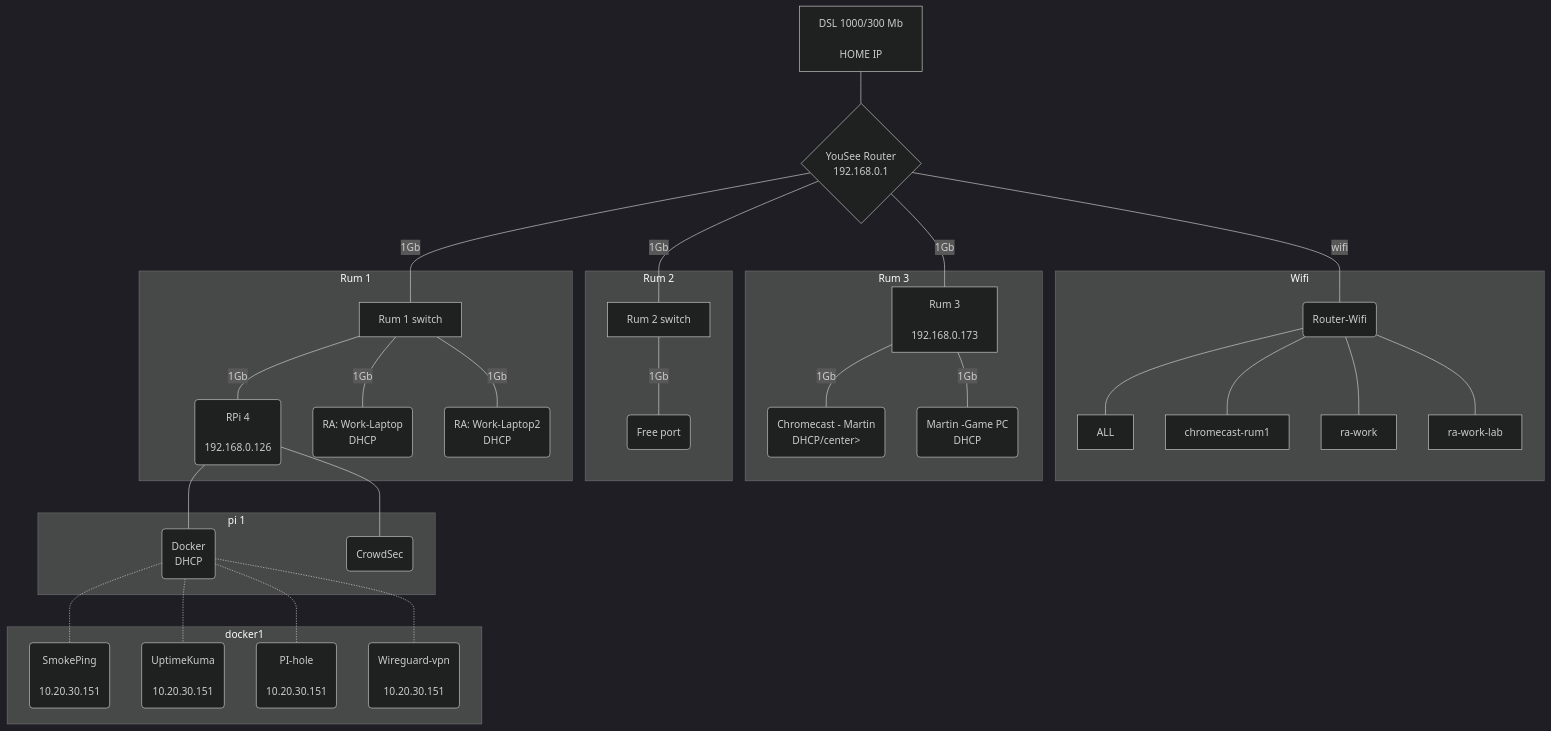
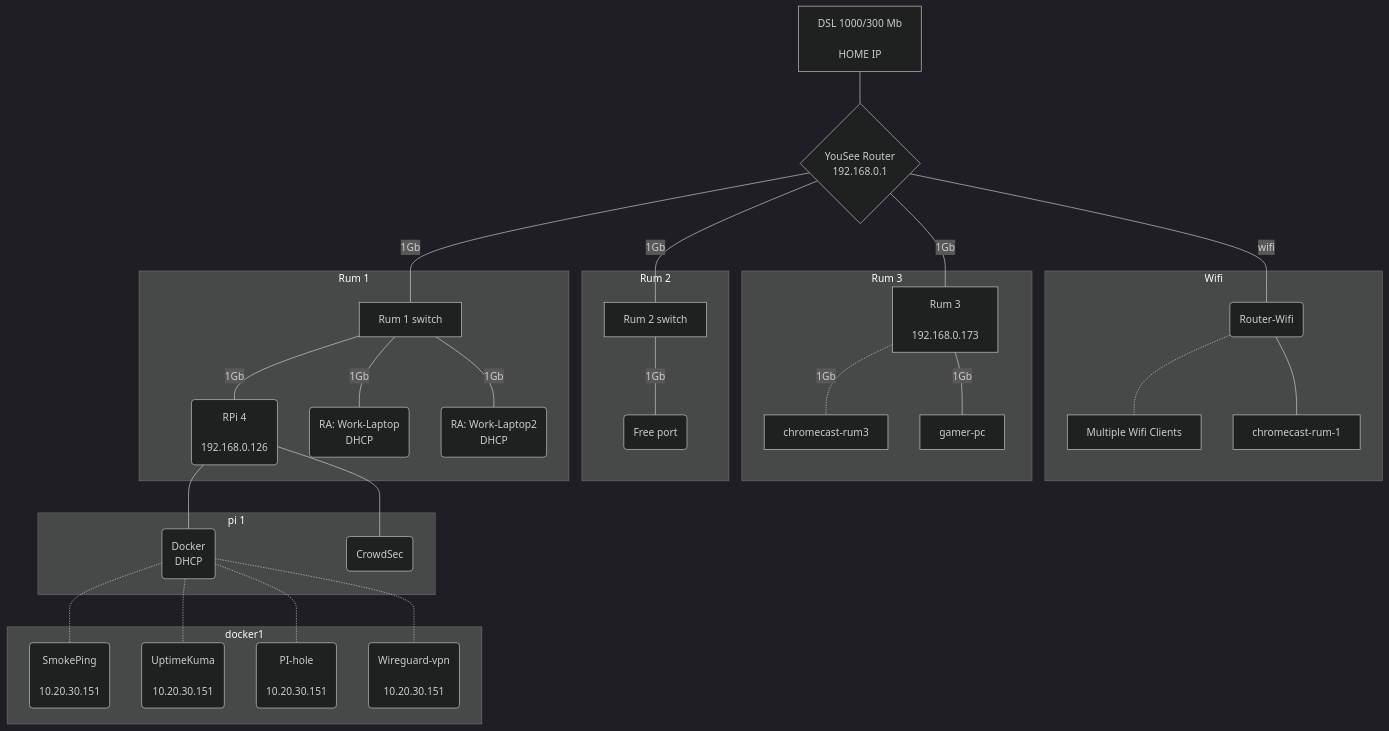
Before and after one commit to alf149/ansible: the diagram in Docs/Index.md, drawn with Mermaid (dark theme).

````diff
--- a/Docs/Index.md
+++ b/Docs/Index.md
@@ -3,45 +3,43 @@
 ```mermaid
 graph TB
  linkStyle default interpolate basis
  wan1[<center>DSL 1000/300 Mb<br><br>HOME IP</center>]---router{<center>YouSee Router<br>192.168.0.1</center>}
  router---|1Gb|rum_1[<center>Rum 1 switch</center>]
  router---|1Gb|rum_2[<center>Rum 2 switch</center>]
  router---|1Gb|rum_3[<center>Rum 3<br><br>192.168.0.173</center>]
  router---|wifi|ac_wifi(<center>Router-Wifi</center>)
 
 subgraph Wifi
-ac_wifi---ALL
-ac_wifi---chromecast-rum1
-ac_wifi---ra-work
-ac_wifi---ra-work-lab
+ac_wifi-.-Multiple[<center>Multiple Wifi Clients</center>]
+ac_wifi---chromecast-rum-1
 end
 
 subgraph Rum 3
-rum_3---|1Gb|chromecast-rum3(<center>Chromecast - Martin<br>DHCP/center>)
-rum_3---|1Gb|gamer-pc(<center>Martin -Game PC<br>DHCP</center>)
+rum_3-.-|1Gb|chromecast-rum3
+rum_3---|1Gb|gamer-pc
 end
 
 subgraph Rum 2
 rum_2---|1Gb|free(<center>Free port</center>)
 end
 
 subgraph Rum 1
 rum_1---|1Gb|pi(<center>RPi 4<br><br>192.168.0.126</center>)
 rum_1---|1Gb|work(<center>RA: Work-Laptop<br>DHCP</center>)
 rum_1---|1Gb|work-lab(<center>RA: Work-Laptop2<br>DHCP</center>)
 end
 
     subgraph pi 1
     pi---docker(<center>Docker<br>DHCP</center>)
     pi---crowdsec(<center>CrowdSec</center>)
     end
 
     subgraph docker1
     docker-.-smokeping(<center>SmokePing<br><br>10.20.30.151</center>)
     docker-.-uptimeKuma(<center>UptimeKuma<br><br>10.20.30.151</center>)
     docker-.-pihole(<center>PI-hole<br><br>10.20.30.151</center>)
     docker-.-wireguardvpn(<center>Wireguard-vpn<br><br>10.20.30.151</center>)
     end
 
 
 ```
````
